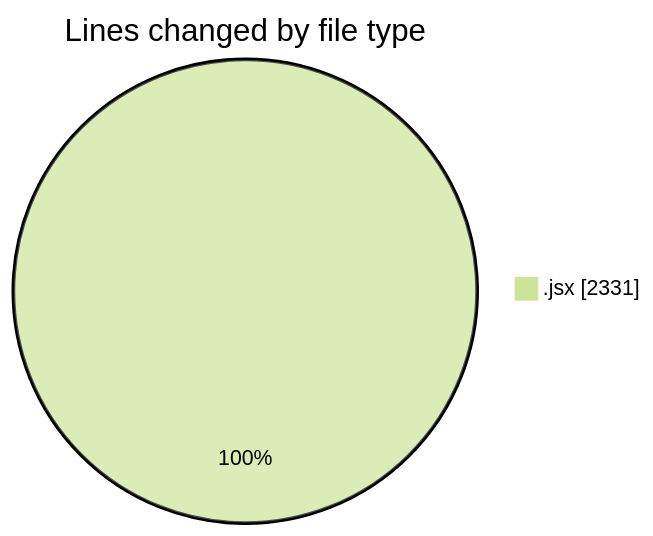
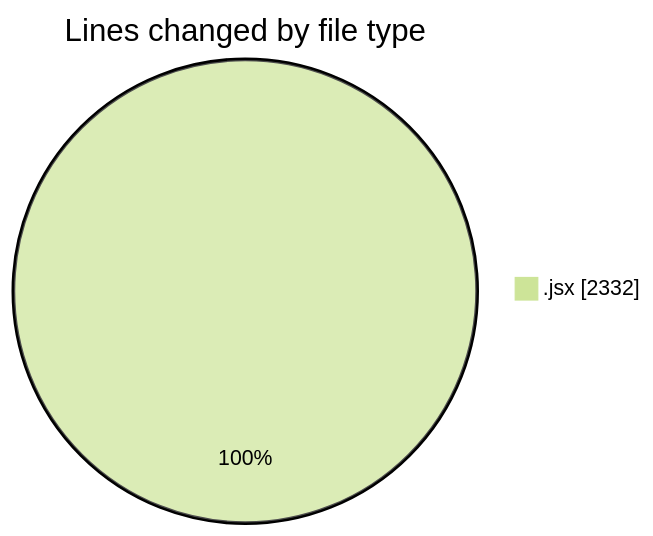
One commit to nxtqubesakshisongat/code-tracking changed the first of 2 diagrams in 2025-05-23/nxtqube_webapp/README.md. Above: the diagram before and after it, drawn with Mermaid (forest theme). The commit also changed other lines of this file and 1 other file, not shown here.

````diff
--- a/2025-05-23/nxtqube_webapp/README.md
+++ b/2025-05-23/nxtqube_webapp/README.md
@@ -21,5 +21,5 @@
 ```mermaid
 pie showData
 title Lines changed by file type
-".jsx" : 2331
+".jsx" : 2332
 ```
````
